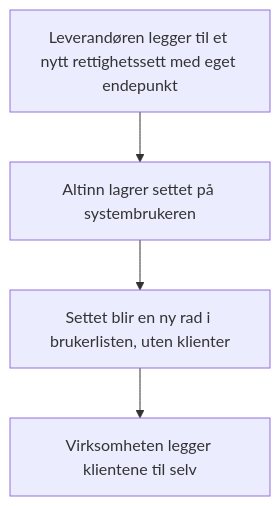
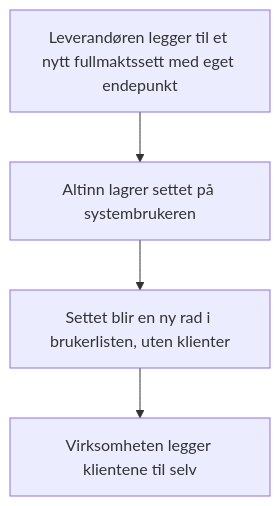
The fifth of 7 diagrams in content/authorization/guides/system-vendor/system-user/beslutningstre.nb.md (Altinn/altinn-studio-docs), drawn with Mermaid before and after one commit. The commit also changed other lines of this file and 3 other files, not shown here.

```diff
--- a/content/authorization/guides/system-vendor/system-user/beslutningstre.nb.md
+++ b/content/authorization/guides/system-vendor/system-user/beslutningstre.nb.md
@@ -97,6 +97,6 @@
 {{< mermaid >}}
 graph TD
-  ADD["Leverandøren legger til et nytt rettighetssett med eget endepunkt"] --> STORED["Altinn lagrer settet på systembrukeren"]
+  ADD["Leverandøren legger til et nytt fullmaktssett med eget endepunkt"] --> STORED["Altinn lagrer settet på systembrukeren"]
   STORED --> ROW["Settet blir en ny rad i brukerlisten, uten klienter"]
   ROW --> CLIENTS["Virksomheten legger klientene til selv"]
 {{< /mermaid >}}
```
